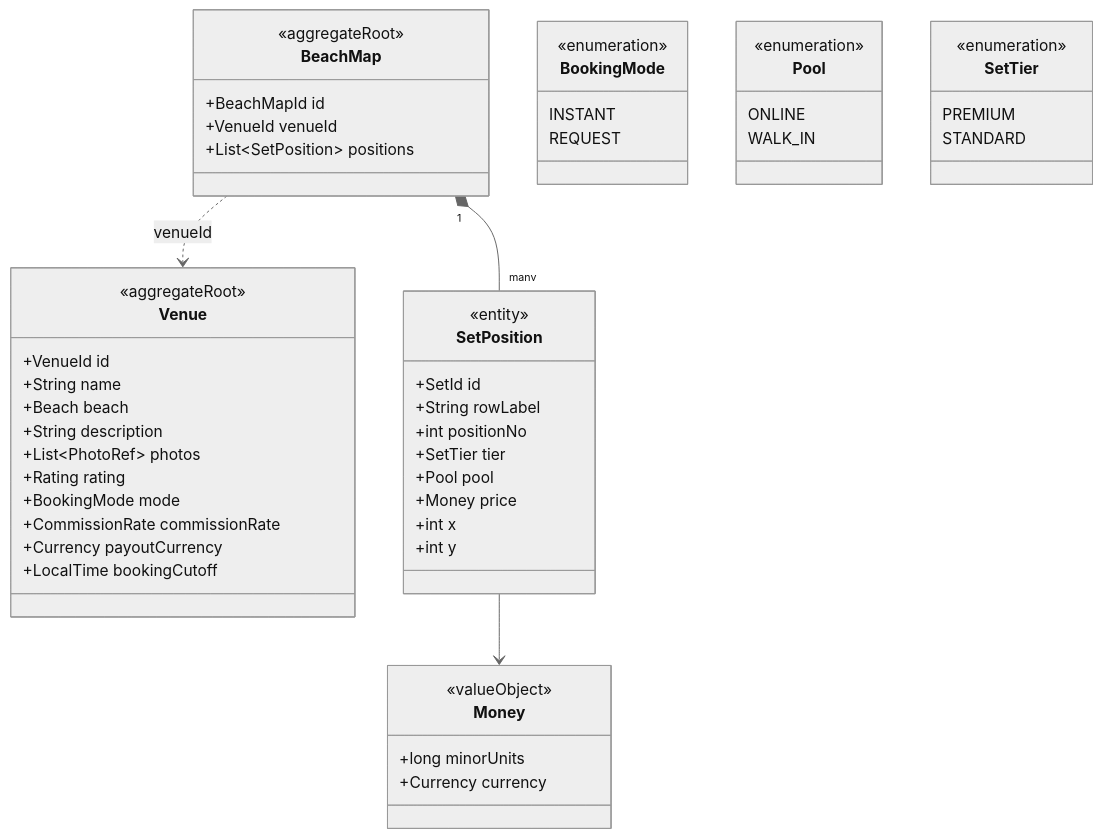
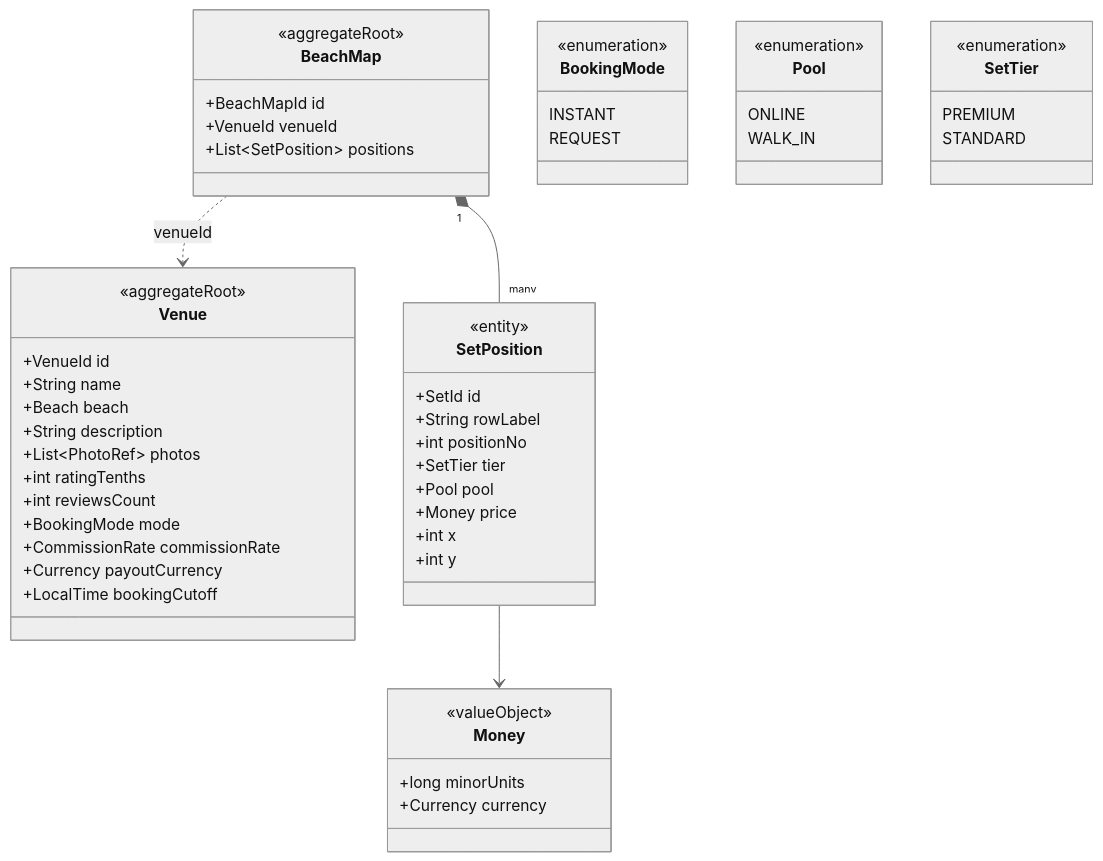
One commit to ivopogace/riviera-sunbed-booking changed the third of 12 diagrams in docs/architecture/domain-model.md. Above: the diagram before and after it, drawn with Mermaid (neutral theme). The commit also changed other lines of this file and 6 other files, not shown here.

````diff
--- a/docs/architecture/domain-model.md
+++ b/docs/architecture/domain-model.md
@@ -139,56 +146,57 @@
 ```mermaid
 classDiagram
     class Venue {
         <<aggregateRoot>>
         +VenueId id
         +String name
         +Beach beach
         +String description
         +List~PhotoRef~ photos
-        +Rating rating
+        +int ratingTenths
+        +int reviewsCount
         +BookingMode mode
         +CommissionRate commissionRate
         +Currency payoutCurrency
         +LocalTime bookingCutoff
     }
     class BeachMap {
         <<aggregateRoot>>
         +BeachMapId id
         +VenueId venueId
         +List~SetPosition~ positions
     }
     class SetPosition {
         <<entity>>
         +SetId id
         +String rowLabel
         +int positionNo
         +SetTier tier
         +Pool pool
         +Money price
         +int x
         +int y
     }
     class Money {
         <<valueObject>>
         +long minorUnits
         +Currency currency
     }
     class BookingMode {
         <<enumeration>>
         INSTANT
         REQUEST
     }
     class Pool {
         <<enumeration>>
         ONLINE
         WALK_IN
     }
     class SetTier {
         <<enumeration>>
         PREMIUM
         STANDARD
     }
     BeachMap "1" *-- "many" SetPosition
     SetPosition --> Money
     BeachMap ..> Venue : venueId
 ```
````
